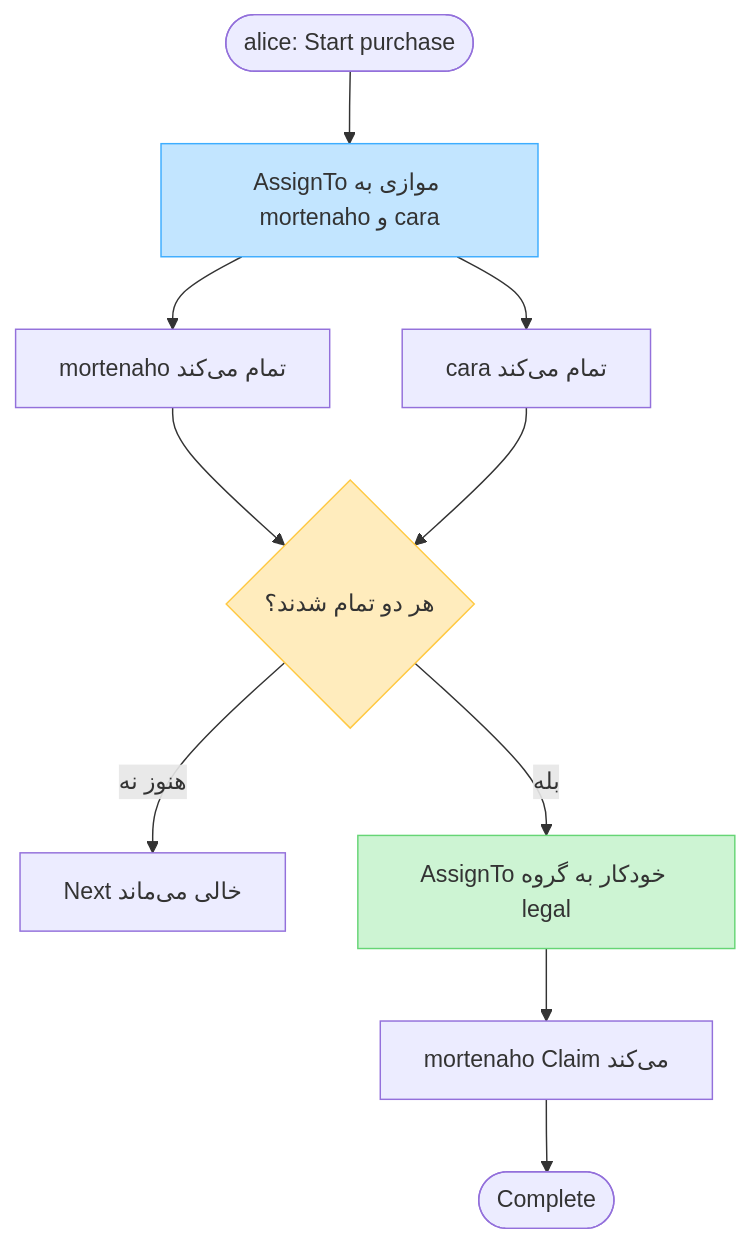
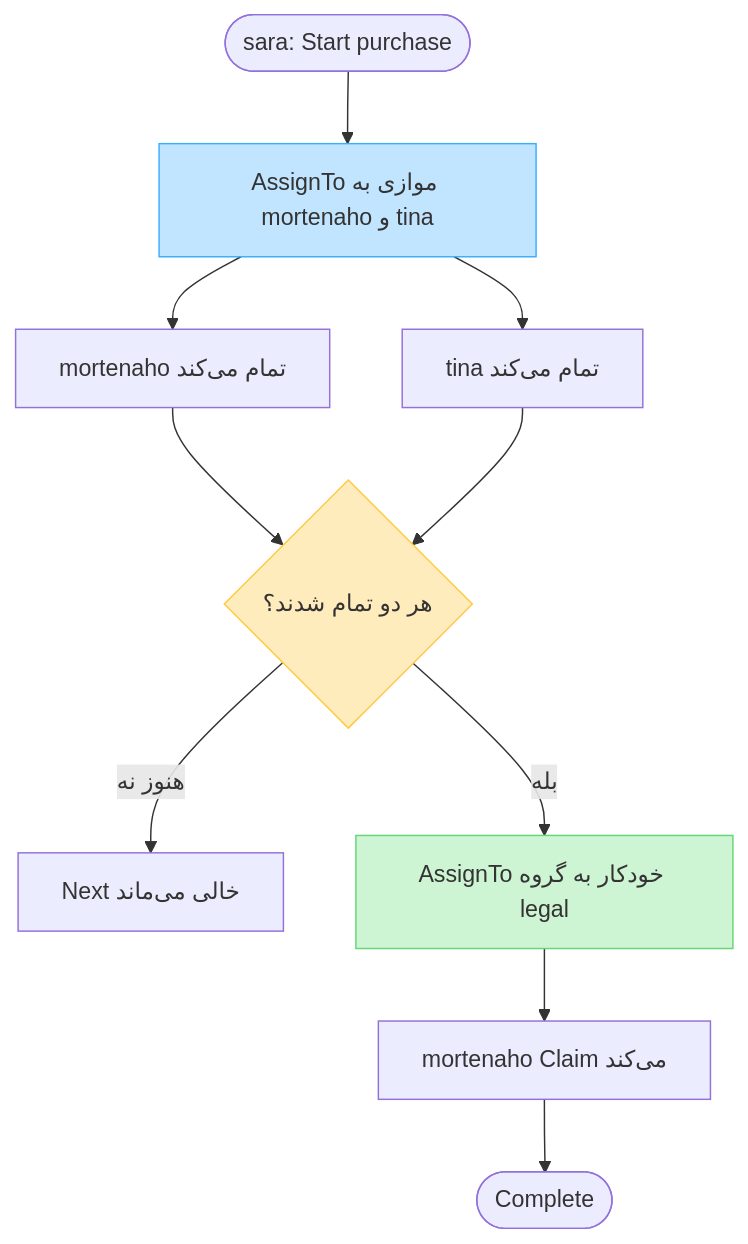
Before and after one commit to mortenaho/WorkFlowEngine: the diagram in examples/README.md, drawn with Mermaid. The commit also changed other lines of this file and 38 other files, not shown here.

````diff
--- a/examples/README.md
+++ b/examples/README.md
@@ -24,16 +24,16 @@
 ```mermaid
 flowchart TD
-    start([alice: Start purchase]) --> parallel["AssignTo موازی به mortenaho و cara"]
+    start([sara: Start purchase]) --> parallel["AssignTo موازی به mortenaho و tina"]
     parallel --> a[mortenaho تمام می‌کند]
-    parallel --> b[cara تمام می‌کند]
+    parallel --> b[tina تمام می‌کند]
     a --> gate{هر دو تمام شدند؟}
     b --> gate
     gate -->|"هنوز نه"| wait[Next خالی می‌ماند]
     gate -->|"بله"| legal["AssignTo خودکار به گروه legal"]
     legal --> claim[mortenaho Claim می‌کند]
     claim --> done([Complete])
 
     style parallel fill:#C2E5FF,stroke:#3DADFF
     style gate fill:#FFECBD,stroke:#FFC943
     style legal fill:#CDF4D3,stroke:#66D575
 ```
````
